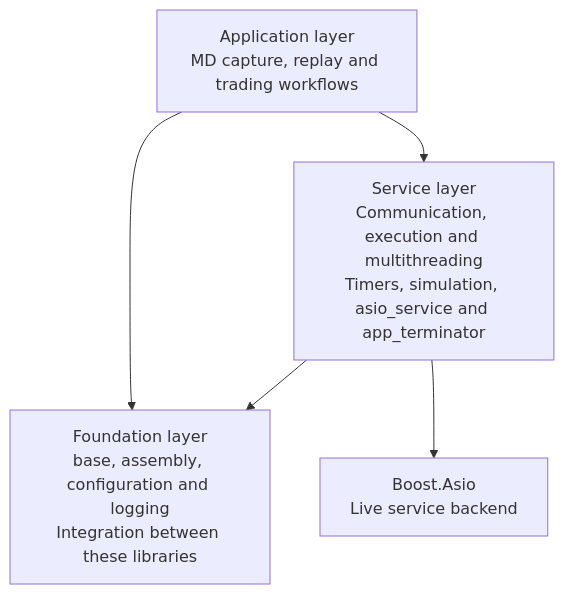
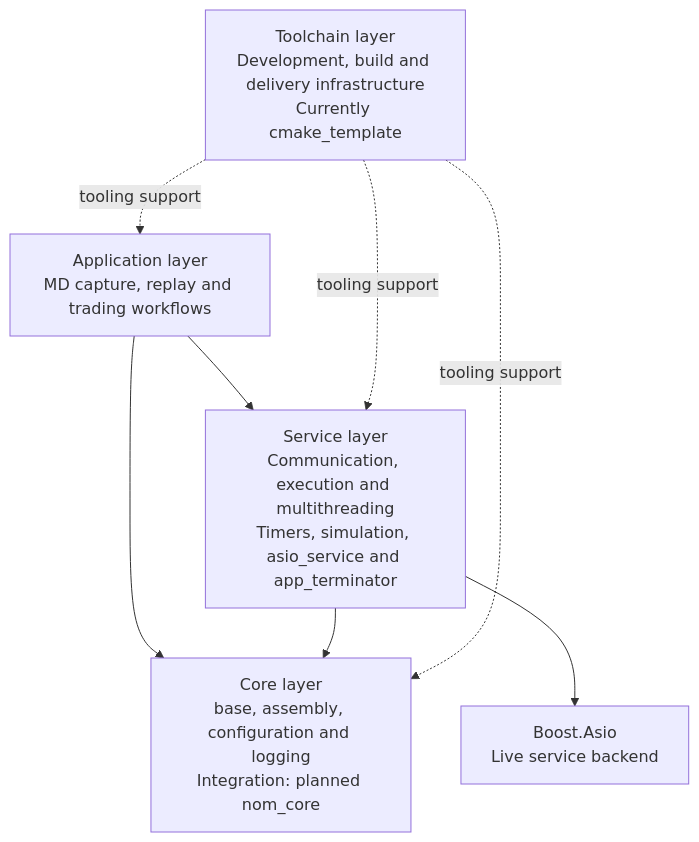
The diagram in master_plan/layers.md (nomisma-labs/handbook), drawn with Mermaid before and after one commit. The commit also changed other lines of this file and 8 other files, not shown here.

````diff
--- a/master_plan/layers.md
+++ b/master_plan/layers.md
@@ -16,12 +18,16 @@
 ```mermaid
 flowchart TD
     apps["Application layer<br/>MD capture, replay and trading workflows"]
     services["Service layer<br/>Communication, execution and multithreading<br/>Timers, simulation, asio_service and app_terminator"]
-    foundation["Foundation layer<br/>base, assembly, configuration and logging<br/>Integration between these libraries"]
+    core["Core layer<br/>base, assembly, configuration and logging<br/>Integration: planned nom_core"]
+    toolchain["Toolchain layer<br/>Development, build and delivery infrastructure<br/>Currently cmake_template"]
     asio["Boost.Asio<br/>Live service backend"]
 
     apps --> services
-    apps --> foundation
-    services --> foundation
+    apps --> core
+    services --> core
     services --> asio
+    toolchain -. "tooling support" .-> core
+    toolchain -. "tooling support" .-> services
+    toolchain -. "tooling support" .-> apps
 ```
````
